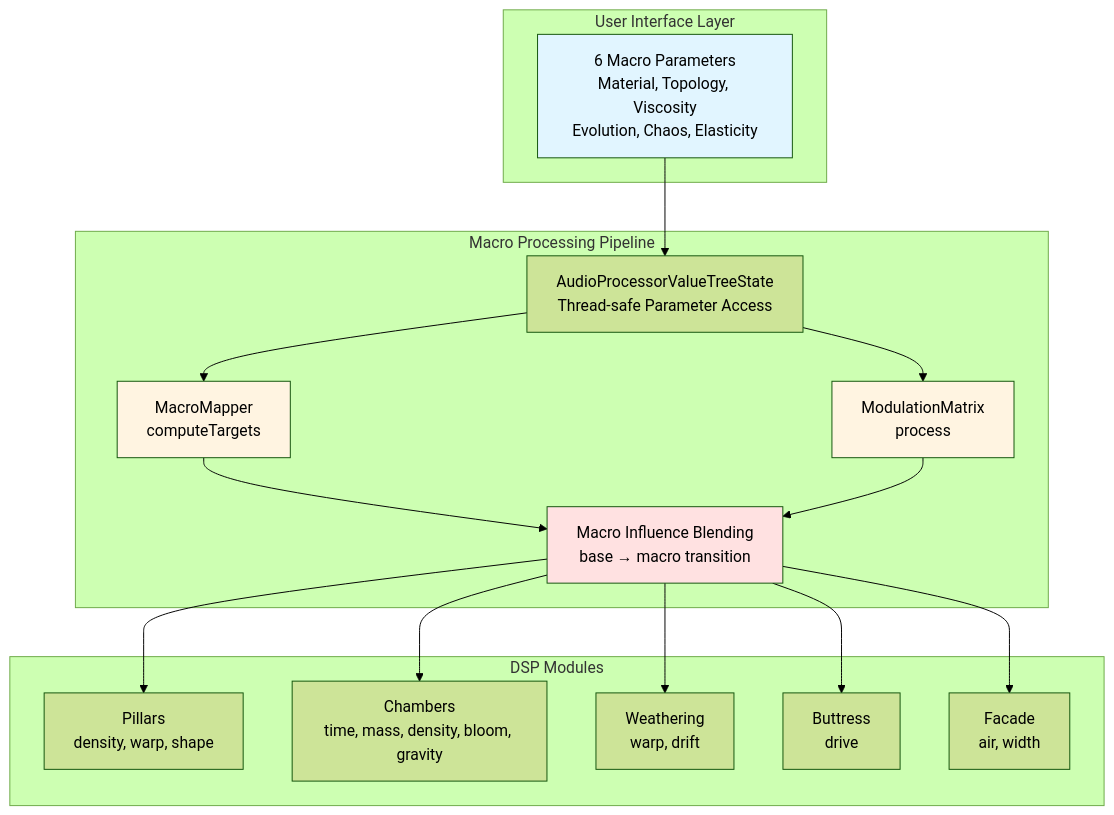
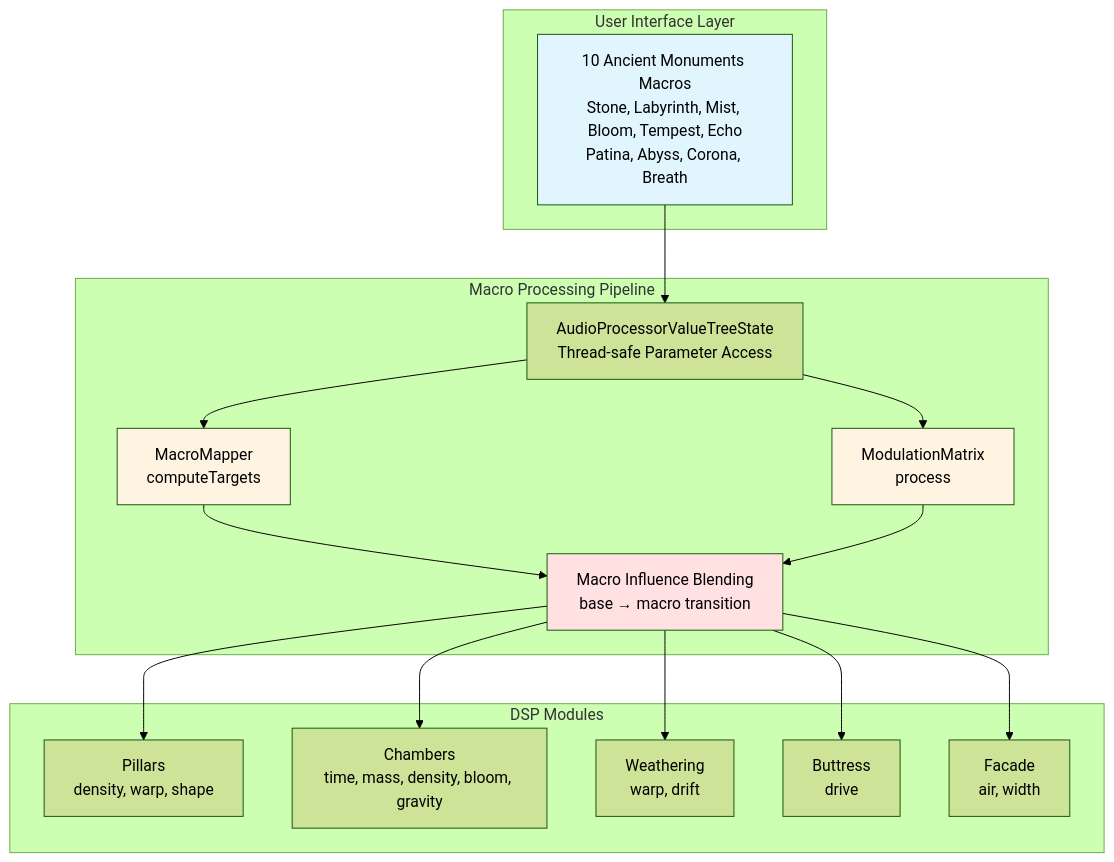
One commit to joshband/monument-reverb changed the ninth of 9 diagrams in docs/architecture/DSP_ARCHITECTURE.md. Above: the diagram before and after it, drawn with Mermaid (forest theme). The commit also changed other lines of this file and 160 other files, not shown here.

````diff
--- a/docs/architecture/DSP_ARCHITECTURE.md
+++ b/docs/architecture/DSP_ARCHITECTURE.md
@@ -57,37 +363,37 @@
 ```mermaid
 graph TB
     subgraph "User Interface Layer"
-        UI[6 Macro Parameters<br/>Material, Topology, Viscosity<br/>Evolution, Chaos, Elasticity]
+        UI[10 Ancient Monuments Macros<br/>Stone, Labyrinth, Mist, Bloom, Tempest, Echo<br/>Patina, Abyss, Corona, Breath]
     end
 
     subgraph "Macro Processing Pipeline"
         APVTS[AudioProcessorValueTreeState<br/>Thread-safe Parameter Access]
         MM[MacroMapper<br/>computeTargets]
         MOD[ModulationMatrix<br/>process]
         BLEND[Macro Influence Blending<br/>base → macro transition]
     end
 
     subgraph "DSP Modules"
         PILLARS[Pillars<br/>density, warp, shape]
         CHAMBERS[Chambers<br/>time, mass, density, bloom, gravity]
         WEATHER[Weathering<br/>warp, drift]
         BUTTRESS[Buttress<br/>drive]
         FACADE[Facade<br/>air, width]
     end
 
     UI --> APVTS
     APVTS --> MM
     APVTS --> MOD
     MM --> BLEND
     MOD --> BLEND
     BLEND --> PILLARS
     BLEND --> CHAMBERS
     BLEND --> WEATHER
     BLEND --> BUTTRESS
     BLEND --> FACADE
 
     style UI fill:#e1f5ff
     style MM fill:#fff4e1
     style MOD fill:#fff4e1
     style BLEND fill:#ffe1e1
 ```
````
